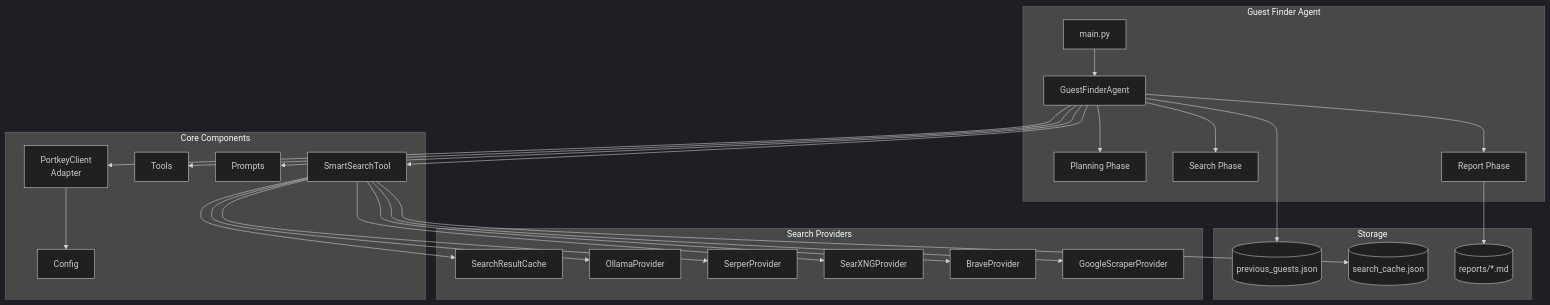
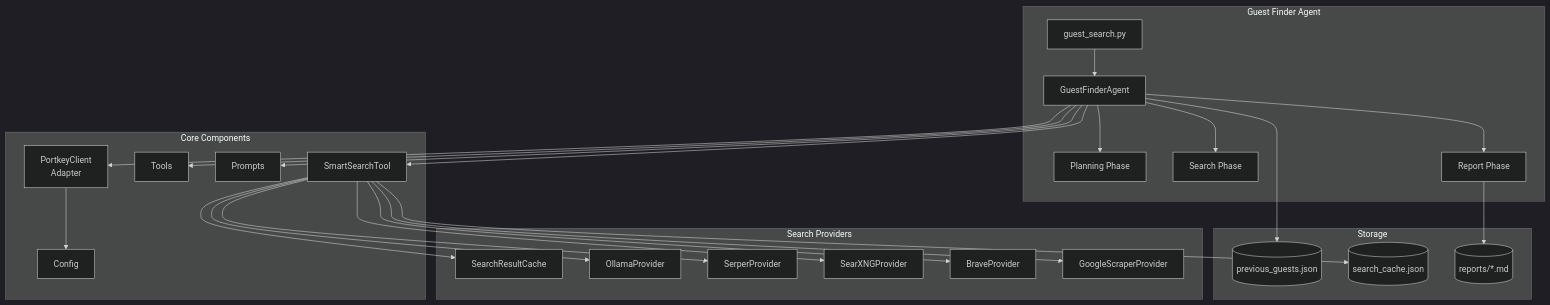
One commit to Joopsnijder/guest_search changed the second of 6 diagrams in docs/architecture.md. Above: the diagram before and after it, drawn with Mermaid (dark theme). The commit also changed other lines of this file and 12 other files, not shown here.

First line of the commit message:
refactor: Rename main.py to guest_search.py for consistency

````diff
--- a/docs/architecture.md
+++ b/docs/architecture.md
@@ -71,32 +71,32 @@
 ```mermaid
 graph TD
     subgraph "Guest Finder Agent"
-        M[main.py] --> GFA[GuestFinderAgent]
+        M[guest_search.py] --> GFA[GuestFinderAgent]
         GFA --> P1[Planning Phase]
         GFA --> P2[Search Phase]
         GFA --> P3[Report Phase]
     end
 
     subgraph "Core Components"
         GFA --> PC[PortkeyClient<br/>Adapter]
         PC --> C[Config]
         GFA --> T[Tools]
         GFA --> PR[Prompts]
         GFA --> SST[SmartSearchTool]
     end
 
     subgraph "Search Providers"
         SST --> Cache[SearchResultCache]
         SST --> SP1[OllamaProvider]
         SST --> SP2[SerperProvider]
         SST --> SP3[SearXNGProvider]
         SST --> SP4[BraveProvider]
         SST --> SP5[GoogleScraperProvider]
     end
 
     subgraph "Storage"
         GFA --> PG[(previous_guests.json)]
         SST --> SC[(search_cache.json)]
         P3 --> RP[(reports/*.md)]
     end
 ```
````
